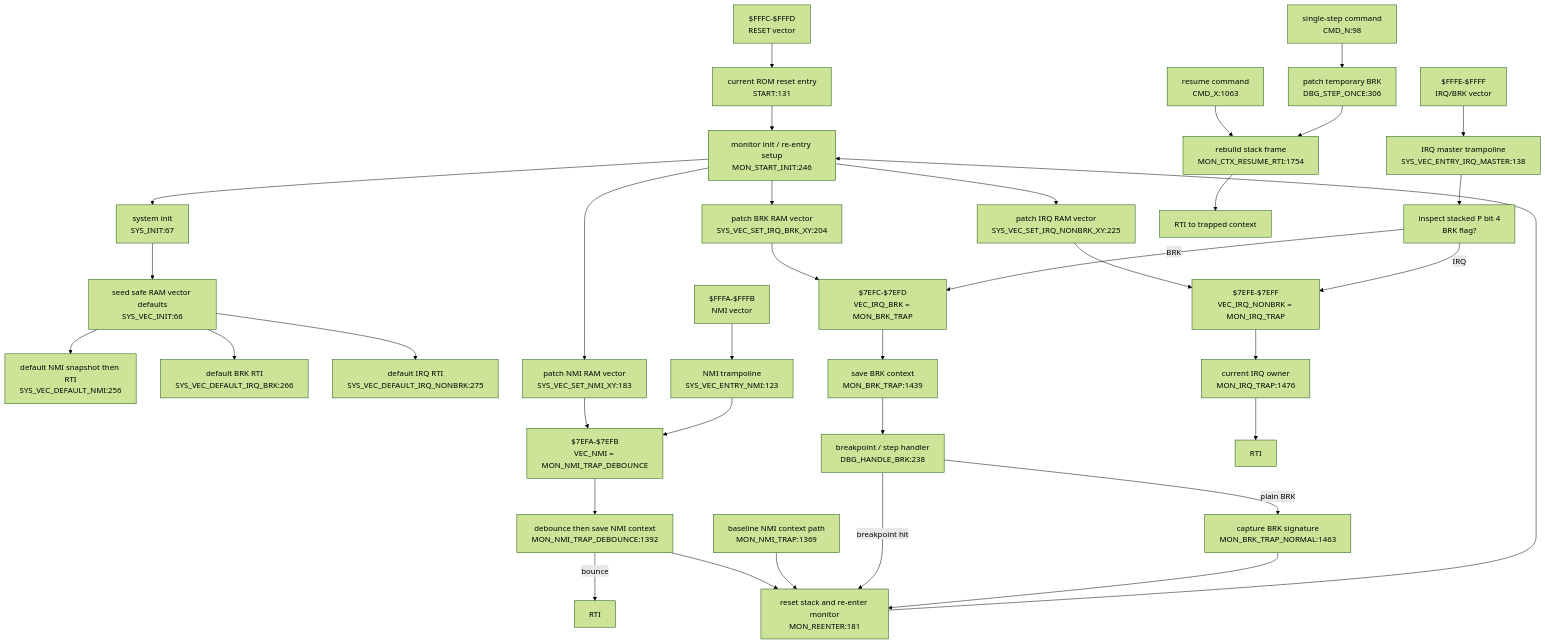
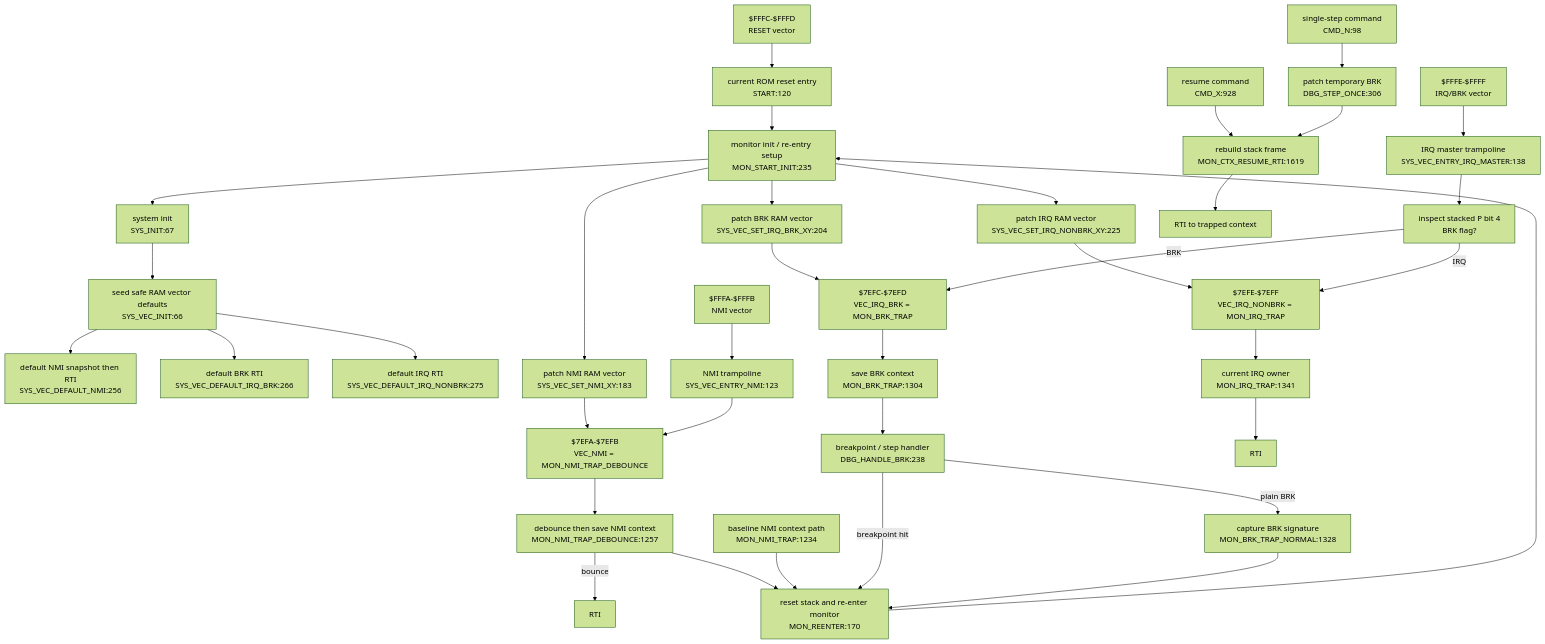
One commit to 95westus/R-YORS changed the diagram in DOC/GENERATED/INTERRUPT_VECTOR_MAP.md. Above: the diagram before and after it, drawn with Mermaid (forest theme). The commit also changed other lines of this file and 26 other files, not shown here.

````diff
--- a/DOC/GENERATED/INTERRUPT_VECTOR_MAP.md
+++ b/DOC/GENERATED/INTERRUPT_VECTOR_MAP.md
@@ -25,42 +25,42 @@
 ```mermaid
 flowchart TD
-    RESETV["$FFFC-$FFFD<br/>RESET vector"] --> STARTN["current ROM reset entry<br/>START:131"]
-    STARTN --> INIT["monitor init / re-entry setup<br/>MON_START_INIT:246"]
+    RESETV["$FFFC-$FFFD<br/>RESET vector"] --> STARTN["current ROM reset entry<br/>START:120"]
+    STARTN --> INIT["monitor init / re-entry setup<br/>MON_START_INIT:235"]
     INIT --> SYSINIT["system init<br/>SYS_INIT:67"]
     SYSINIT --> VECINIT["seed safe RAM vector defaults<br/>SYS_VEC_INIT:66"]
     VECINIT --> DEFNMI["default NMI snapshot then RTI<br/>SYS_VEC_DEFAULT_NMI:256"]
     VECINIT --> DEFBRK["default BRK RTI<br/>SYS_VEC_DEFAULT_IRQ_BRK:266"]
     VECINIT --> DEFIRQ["default IRQ RTI<br/>SYS_VEC_DEFAULT_IRQ_NONBRK:275"]
 
     INIT --> SETNMI["patch NMI RAM vector<br/>SYS_VEC_SET_NMI_XY:183"]
     INIT --> SETBRK["patch BRK RAM vector<br/>SYS_VEC_SET_IRQ_BRK_XY:204"]
     INIT --> SETIRQ["patch IRQ RAM vector<br/>SYS_VEC_SET_IRQ_NONBRK_XY:225"]
     SETNMI --> VECNMI["$7EFA-$7EFB<br/>VEC_NMI = MON_NMI_TRAP_DEBOUNCE"]
     SETBRK --> VECBRK["$7EFC-$7EFD<br/>VEC_IRQ_BRK = MON_BRK_TRAP"]
     SETIRQ --> VECIRQ["$7EFE-$7EFF<br/>VEC_IRQ_NONBRK = MON_IRQ_TRAP"]
 
     NMIV["$FFFA-$FFFB<br/>NMI vector"] --> NMIENTRY["NMI trampoline<br/>SYS_VEC_ENTRY_NMI:123"]
     NMIENTRY --> VECNMI
-    VECNMI --> NMITRAP["debounce then save NMI context<br/>MON_NMI_TRAP_DEBOUNCE:1392"]
+    VECNMI --> NMITRAP["debounce then save NMI context<br/>MON_NMI_TRAP_DEBOUNCE:1257"]
     NMITRAP -->|bounce| RTINMI["RTI"]
-    NMITRAP --> REENTER["reset stack and re-enter monitor<br/>MON_REENTER:181"]
-    NMIBASE["baseline NMI context path<br/>MON_NMI_TRAP:1369"] --> REENTER
+    NMITRAP --> REENTER["reset stack and re-enter monitor<br/>MON_REENTER:170"]
+    NMIBASE["baseline NMI context path<br/>MON_NMI_TRAP:1234"] --> REENTER
     REENTER --> INIT
 
     IRQV["$FFFE-$FFFF<br/>IRQ/BRK vector"] --> IRQMASTER["IRQ master trampoline<br/>SYS_VEC_ENTRY_IRQ_MASTER:138"]
     IRQMASTER --> SPLIT["inspect stacked P bit 4<br/>BRK flag?"]
     SPLIT -->|BRK| VECBRK
     SPLIT -->|IRQ| VECIRQ
-    VECBRK --> BRKTRAP["save BRK context<br/>MON_BRK_TRAP:1439"]
+    VECBRK --> BRKTRAP["save BRK context<br/>MON_BRK_TRAP:1304"]
     BRKTRAP --> DBGBRK["breakpoint / step handler<br/>DBG_HANDLE_BRK:238"]
     DBGBRK -->|breakpoint hit| REENTER
-    DBGBRK -->|plain BRK| BRKNORMAL["capture BRK signature<br/>MON_BRK_TRAP_NORMAL:1463"]
+    DBGBRK -->|plain BRK| BRKNORMAL["capture BRK signature<br/>MON_BRK_TRAP_NORMAL:1328"]
     BRKNORMAL --> REENTER
-    VECIRQ --> IRQTRAP["current IRQ owner<br/>MON_IRQ_TRAP:1476"]
+    VECIRQ --> IRQTRAP["current IRQ owner<br/>MON_IRQ_TRAP:1341"]
     IRQTRAP --> RTIIRQ["RTI"]
 
-    CMDX["resume command<br/>CMD_X:1063"] --> RESUME["rebuild stack frame<br/>MON_CTX_RESUME_RTI:1754"]
+    CMDX["resume command<br/>CMD_X:928"] --> RESUME["rebuild stack frame<br/>MON_CTX_RESUME_RTI:1619"]
     CMDN["single-step command<br/>CMD_N:98"] --> STEP["patch temporary BRK<br/>DBG_STEP_ONCE:306"]
     STEP --> RESUME
     RESUME --> RTIRES["RTI to trapped context"]
 ```
````
